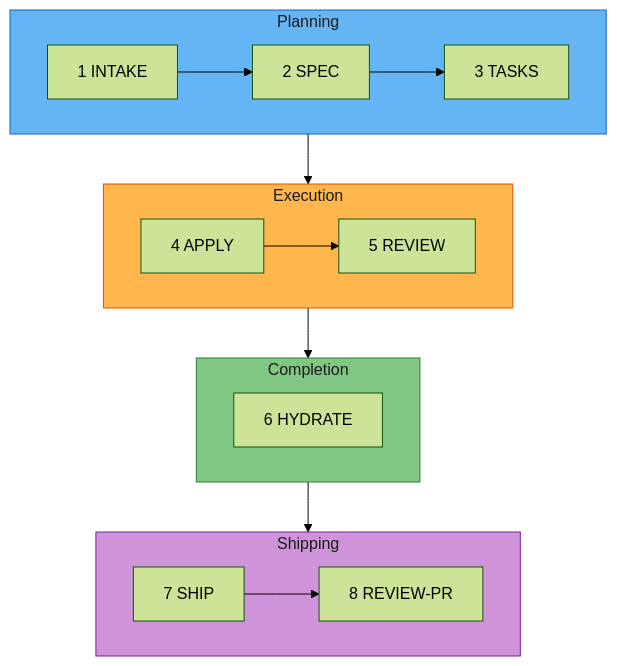
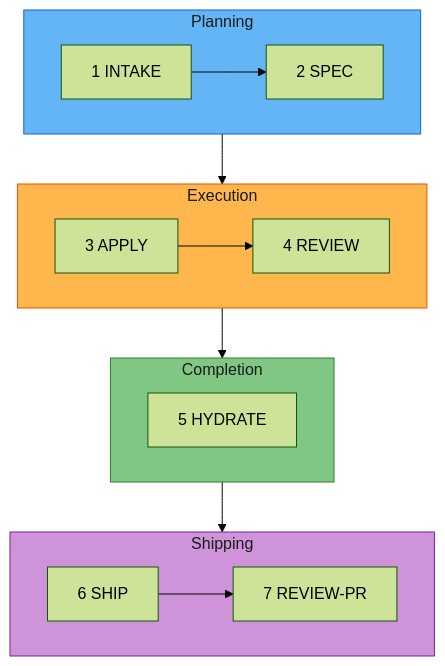
One commit to sahil87/fab-kit changed the first of 2 diagrams in README.md. Above: the diagram before and after it, drawn with Mermaid (forest theme). The commit also changed other lines of this file, not shown here.

First line of the commit message:
docs: drop tasks stage from README — pipeline is now 7 stages

````diff
--- a/README.md
+++ b/README.md
@@ -19,28 +19,28 @@
 ```mermaid
 flowchart TD
     subgraph planning ["Planning"]
         direction LR
-        B["1 INTAKE"] --> S["2 SPEC"] --> T["3 TASKS"]
+        B["1 INTAKE"] --> S["2 SPEC"]
     end
     subgraph execution ["Execution"]
         direction LR
-        A["4 APPLY"] --> V["5 REVIEW"]
+        A["3 APPLY"] --> V["4 REVIEW"]
     end
     subgraph completion ["Completion"]
         direction LR
-        AR["6 HYDRATE"]
+        AR["5 HYDRATE"]
     end
     subgraph shipping ["Shipping"]
         direction LR
-        SH["7 SHIP"] --> RPR["8 REVIEW-PR"]
+        SH["6 SHIP"] --> RPR["7 REVIEW-PR"]
     end
 
-    T --> A
+    S --> A
     V --> AR
     AR --> SH
 
     style planning fill:#64b5f6,stroke:#1565C0,color:#1a1a1a
     style execution fill:#ffb74d,stroke:#E65100,color:#1a1a1a
     style completion fill:#81c784,stroke:#2E7D32,color:#1a1a1a
     style shipping fill:#ce93d8,stroke:#7B1FA2,color:#1a1a1a
 ```
````
